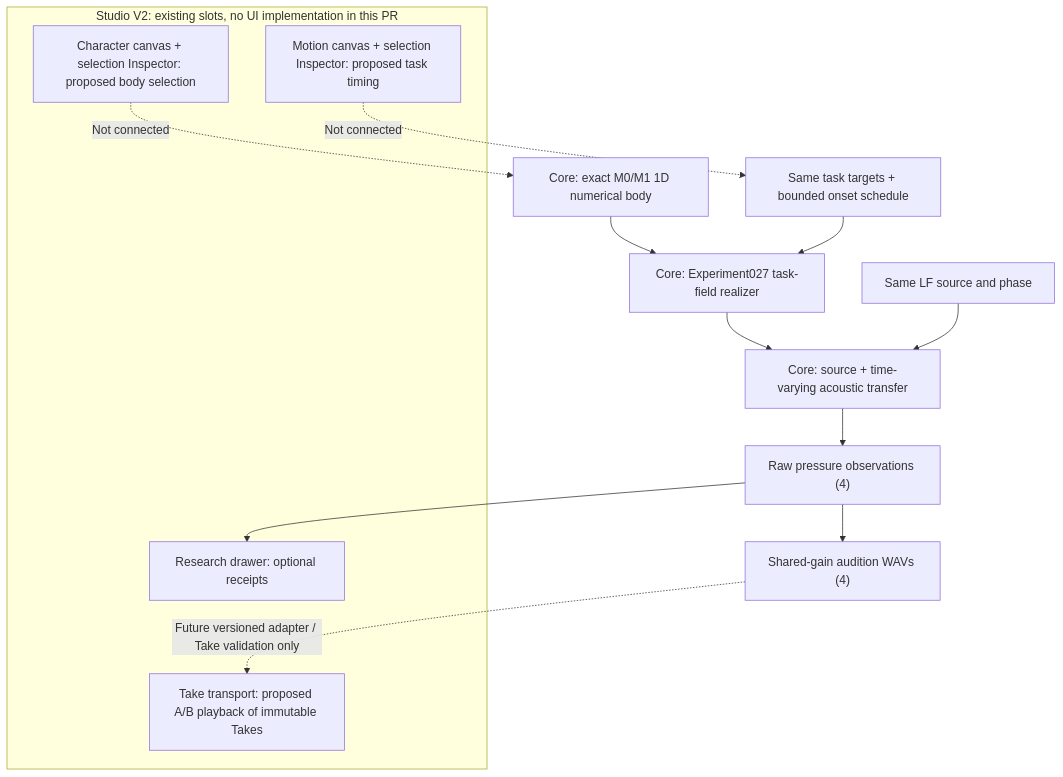
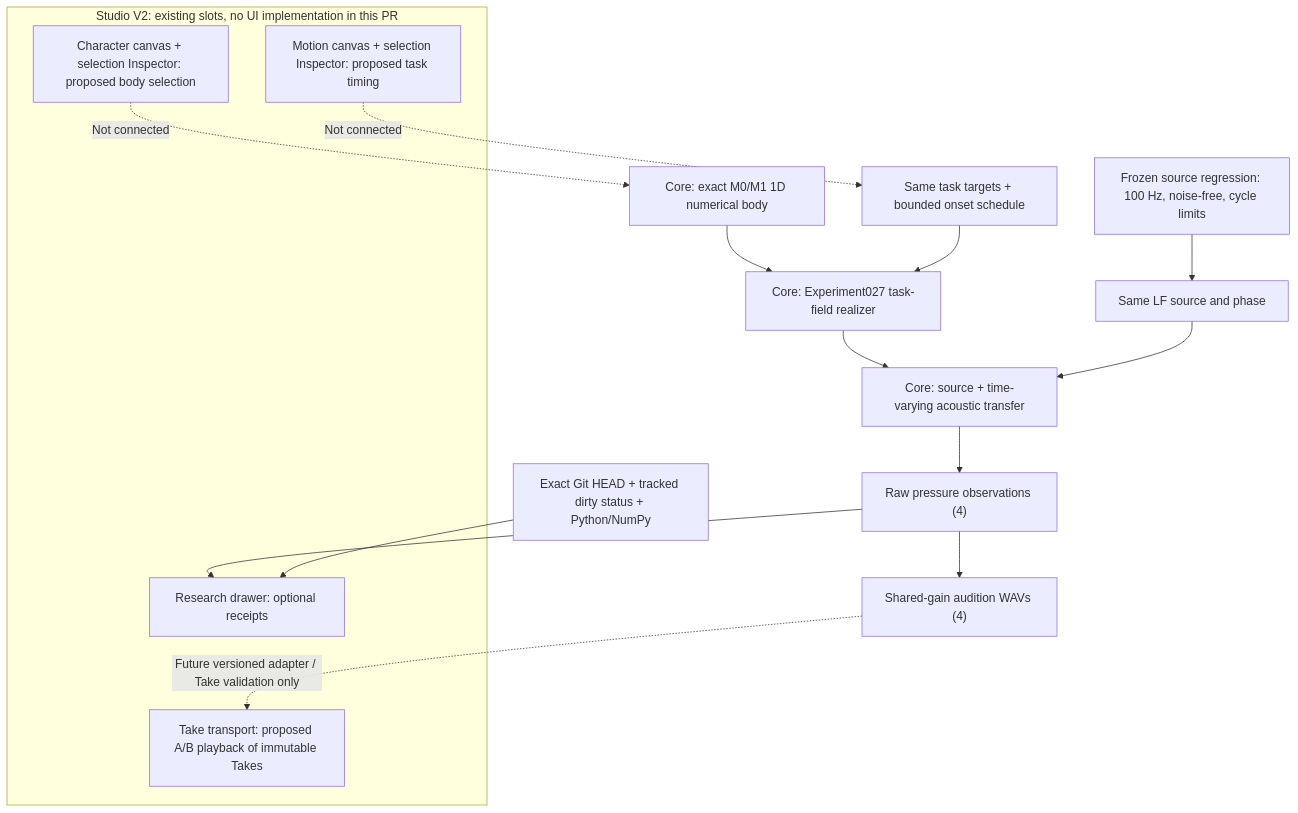
Before and after one commit to ryonakayama234/morphoacoustics: the diagram in experiments/043_character_voice_variation/SYSTEM.md, drawn with Mermaid. The commit also changed other lines of this file, not shown here.

Commit message:
docs(exp043): align system, data and falsifiers with source/provenance review fixes

````diff
--- a/experiments/043_character_voice_variation/SYSTEM.md
+++ b/experiments/043_character_voice_variation/SYSTEM.md
@@ -3,19 +3,21 @@
 ```mermaid
 flowchart TD
   subgraph Studio["Studio V2: existing slots, no UI implementation in this PR"]
     C["Character canvas + selection Inspector: proposed body selection"]
     M["Motion canvas + selection Inspector: proposed task timing"]
     D["Take transport: proposed A/B playback of immutable Takes"]
     R["Research drawer: optional receipts"]
   end
   B["Core: exact M0/M1 1D numerical body"] --> X["Core: Experiment027 task-field realizer"]
   G["Same task targets + bounded onset schedule"] --> X
   X --> A["Core: source + time-varying acoustic transfer"]
   S["Same LF source and phase"] --> A
   A --> P["Raw pressure observations (4)"]
   P --> W["Shared-gain audition WAVs (4)"]
   P --> R
+  GIT["Exact Git HEAD + tracked dirty status + Python/NumPy"] --> R
+  SRCCHK["Frozen source regression: 100 Hz, noise-free, cycle limits"] --> S
   W -. "Future versioned adapter / Take validation only" .-> D
   C -. "Not connected" .-> B
   M -. "Not connected" .-> G
 ```
````
